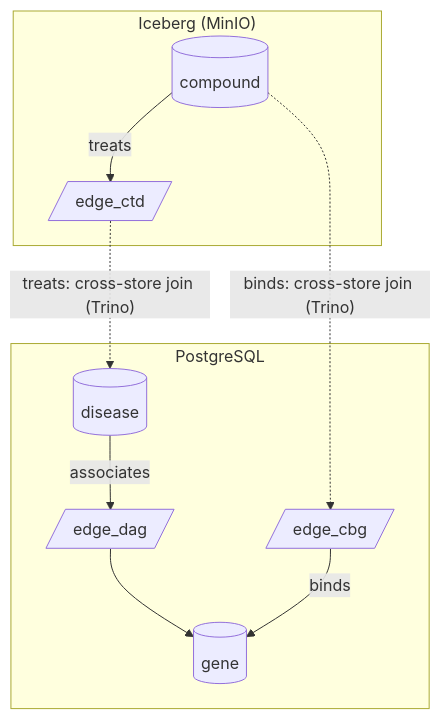
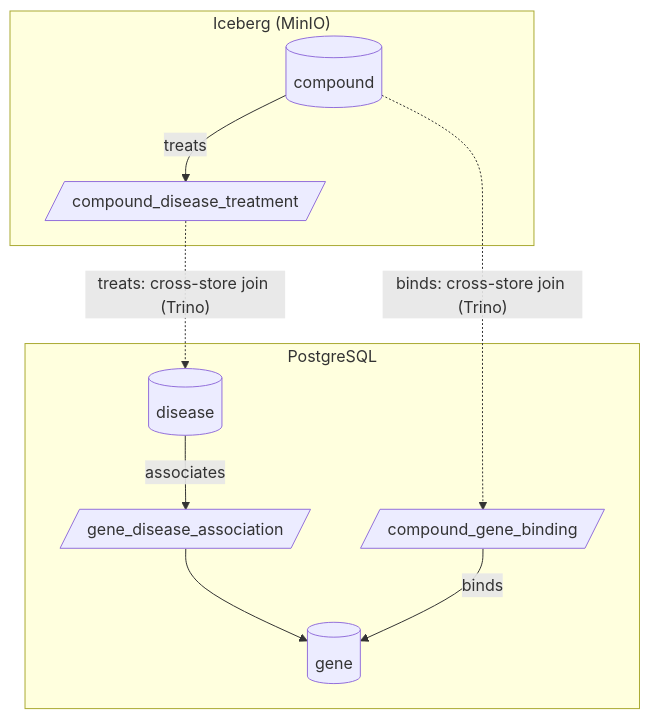
The third of 3 diagrams in README.md (joseph-higaki/virtual-knowledge-graph-connectivity), drawn with Mermaid before and after one commit. The commit also changed other lines of this file and 3 other files, not shown here.

First line of the commit message:
refactor(schema): rename edge tables to relational association names

````diff
--- a/README.md
+++ b/README.md
@@ -137,19 +137,19 @@
 ```mermaid
 flowchart TB
     subgraph PG["PostgreSQL"]
         gene[("gene")]
         disease[("disease")]
-        edge_dag[/"edge_dag"/]
-        edge_cbg[/"edge_cbg"/]
+        gene_disease_association[/"gene_disease_association"/]
+        compound_gene_binding[/"compound_gene_binding"/]
     end
     subgraph ICE["Iceberg (MinIO)"]
         compound[("compound")]
-        edge_ctd[/"edge_ctd"/]
+        compound_disease_treatment[/"compound_disease_treatment"/]
     end
 
-    disease -->|associates| edge_dag --> gene
-    edge_cbg -->|binds| gene
-    compound -.->|"binds: cross-store join (Trino)"| edge_cbg
-    compound -->|treats| edge_ctd
-    edge_ctd -.->|"treats: cross-store join (Trino)"| disease
+    disease -->|associates| gene_disease_association --> gene
+    compound_gene_binding -->|binds| gene
+    compound -.->|"binds: cross-store join (Trino)"| compound_gene_binding
+    compound -->|treats| compound_disease_treatment
+    compound_disease_treatment -.->|"treats: cross-store join (Trino)"| disease
 ```
````
